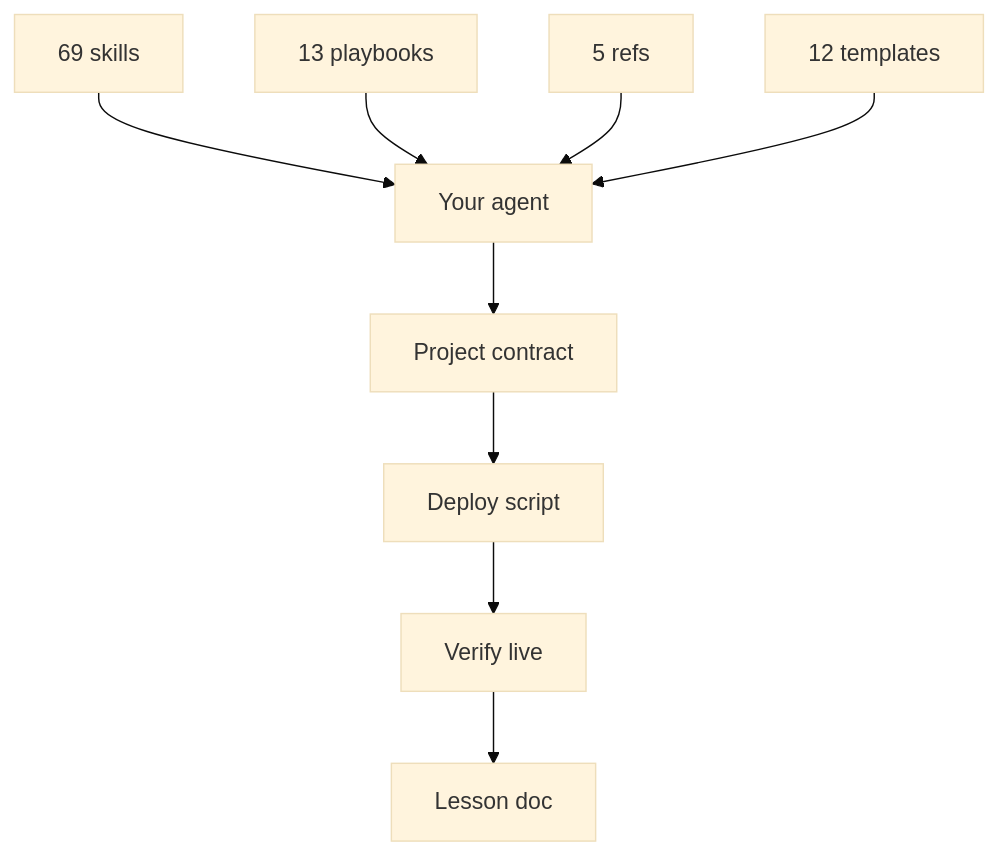
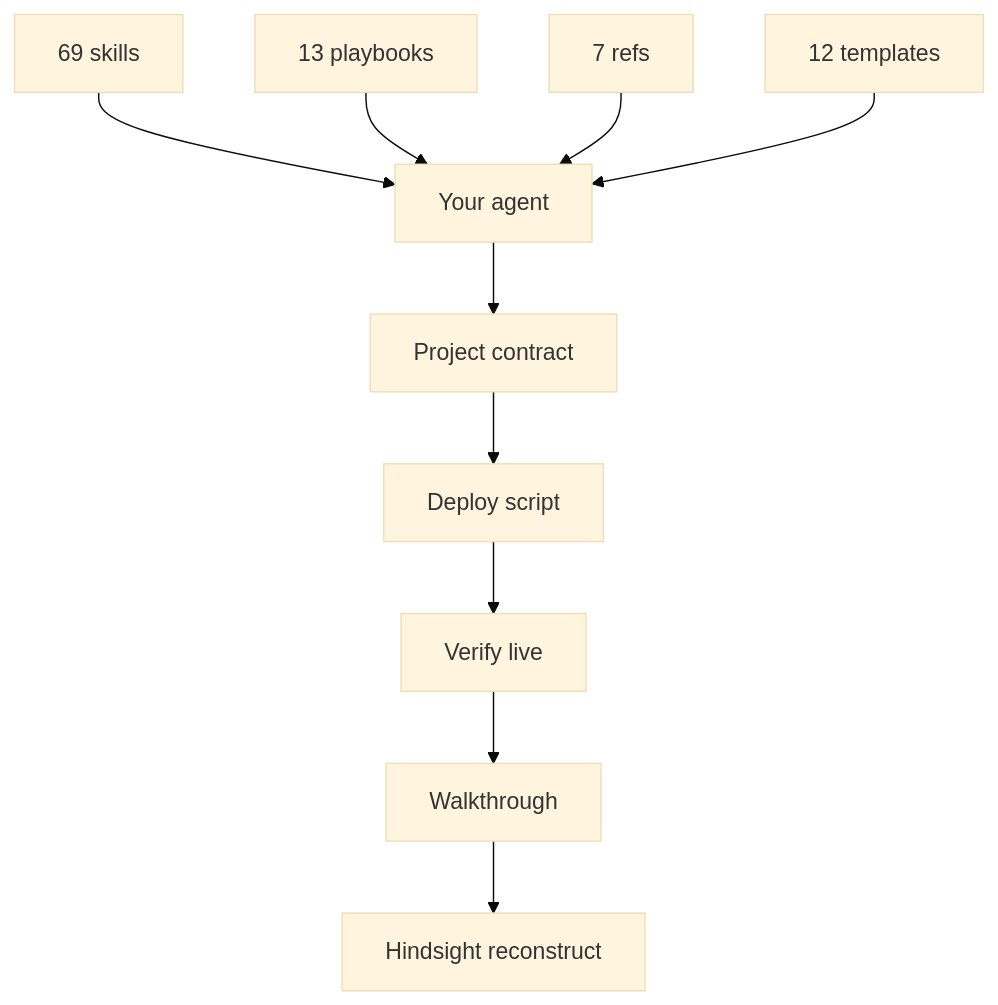
One commit to Nonarkara/dr-non-vibecoding-skills changed the second of 2 diagrams in README.md. Above: the diagram before and after it, drawn with Mermaid (base theme). The commit also changed other lines of this file and 22 other files, not shown here.

````diff
--- a/README.md
+++ b/README.md
@@ -263,11 +294,12 @@
 ```mermaid
 flowchart TB
   S["69 skills"] --> A["Your agent"]
   P["13 playbooks"] --> A
-  R["5 refs"] --> A
+  R["7 refs"] --> A
   T["12 templates"] --> A
   A --> W["Project contract"]
   W --> D["Deploy script"]
   D --> V["Verify live"]
-  V --> L["Lesson doc"]
+  V --> H["Walkthrough"]
+  H --> L["Hindsight reconstruct"]
 ```
````
